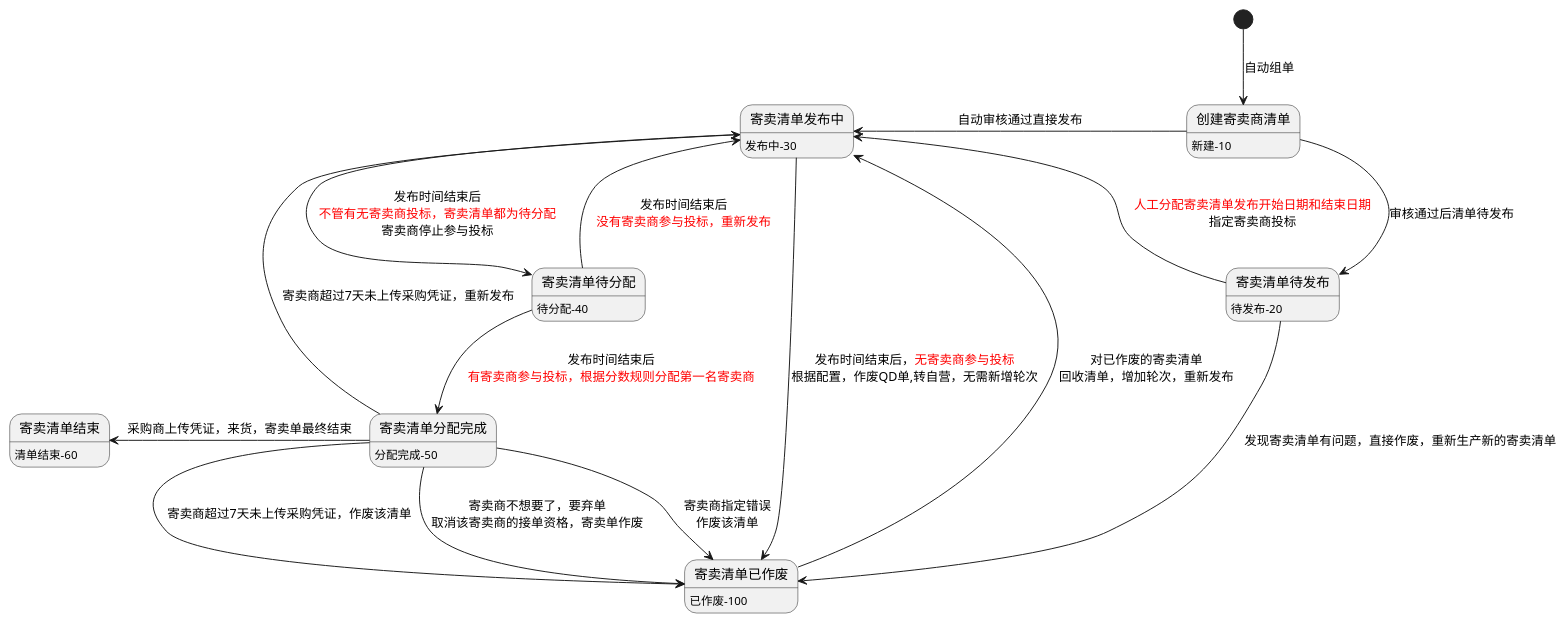
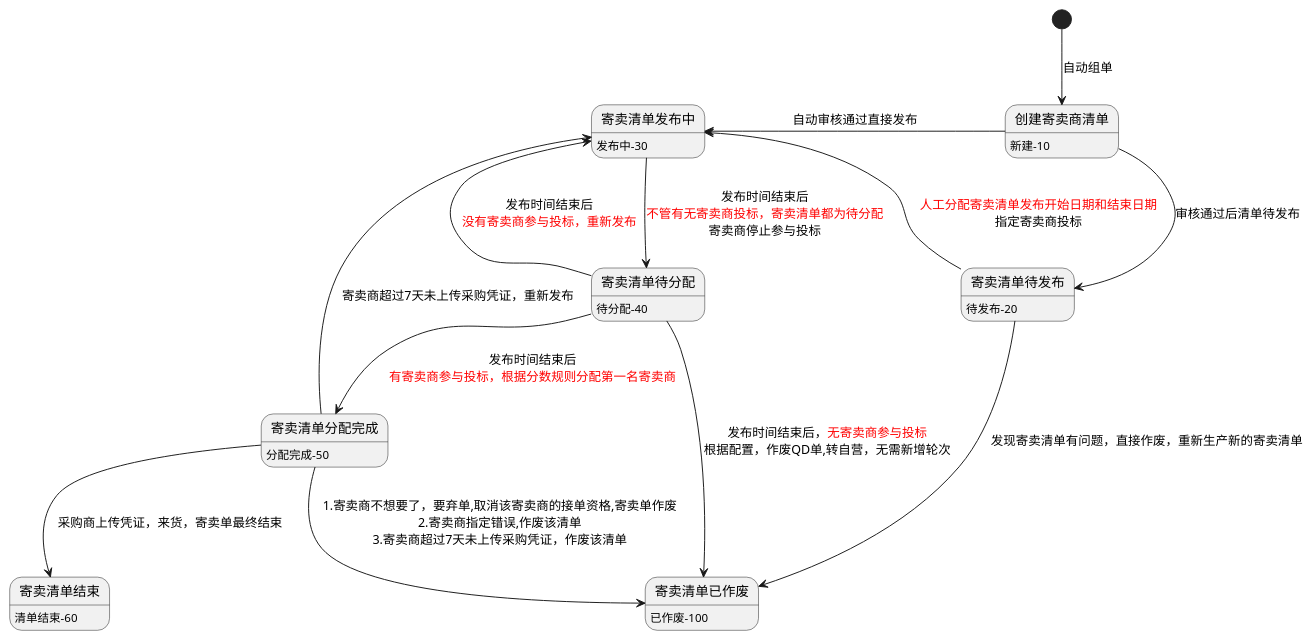
Before and after one commit to shallowdream1997/ShallowDream-LeetCode-PHP: the diagram in uml/寄卖商接单流程重构/状态流程图.puml, drawn with PlantUML. The commit also changed 19 other files, not shown here.

```diff
--- a/uml/寄卖商接单流程重构/状态流程图.puml
+++ b/uml/寄卖商接单流程重构/状态流程图.puml
@@ -1,47 +1,42 @@
 @startuml
 
 [*] --> 创建寄卖商清单 : 自动组单
 
 创建寄卖商清单 : 新建-10
 
 创建寄卖商清单 -down-> 寄卖清单待发布 : 审核通过后清单待发布
 创建寄卖商清单 -left-> 寄卖清单发布中 : 自动审核通过直接发布
 寄卖清单待发布 : 待发布-20
 
 
 寄卖清单待发布 -left-> 寄卖清单发布中 : <color #red>人工分配寄卖清单发布开始日期和结束日期\n指定寄卖商投标
 寄卖清单发布中 : 发布中-30
 
 
 
 寄卖清单发布中 -down-> 寄卖清单待分配 : 发布时间结束后\n<color #red>不管有无寄卖商投标，寄卖清单都为待分配\n寄卖商停止参与投标
 寄卖清单待分配 : 待分配-40
 
 
 寄卖清单待分配 -up-> 寄卖清单发布中 : 发布时间结束后\n<color #red>没有寄卖商参与投标，重新发布
 
 
 寄卖清单待分配 -down-> 寄卖清单分配完成 : 发布时间结束后\n<color #red>有寄卖商参与投标，根据分数规则分配第一名寄卖商
 寄卖清单分配完成 : 分配完成-50
 
-寄卖清单分配完成 -down-> 寄卖清单已作废 : 寄卖商不想要了，要弃单\n取消该寄卖商的接单资格，寄卖单作废
-
-寄卖清单分配完成 -down-> 寄卖清单已作废 : 寄卖商指定错误\n作废该清单
-
-寄卖清单分配完成 -down-> 寄卖清单已作废 : 寄卖商超过7天未上传采购凭证，作废该清单
+寄卖清单分配完成 -down-> 寄卖清单已作废 : 1.寄卖商不想要了，要弃单,取消该寄卖商的接单资格,寄卖单作废\n2.寄卖商指定错误,作废该清单\n3.寄卖商超过7天未上传采购凭证，作废该清单
 
 寄卖清单分配完成 -up-> 寄卖清单发布中 : 寄卖商超过7天未上传采购凭证，重新发布
 
-寄卖清单分配完成 -left-> 寄卖清单结束 : 采购商上传凭证，来货，寄卖单最终结束
+寄卖清单分配完成 -down-> 寄卖清单结束 : 采购商上传凭证，来货，寄卖单最终结束
 寄卖清单结束 : 清单结束-60
 
-寄卖清单发布中 -down-> 寄卖清单已作废 : 发布时间结束后，<color #red>无寄卖商参与投标\n根据配置，作废QD单,转自营，无需新增轮次
+寄卖清单待分配 -down-> 寄卖清单已作废 : 发布时间结束后，<color #red>无寄卖商参与投标\n根据配置，作废QD单,转自营，无需新增轮次
 寄卖清单已作废 : 已作废-100
 
 
-寄卖清单已作废 -up-> 寄卖清单发布中 : 对已作废的寄卖清单\n回收清单，增加轮次，重新发布
 
 寄卖清单待发布 -down-> 寄卖清单已作废 : 发现寄卖清单有问题，直接作废，重新生产新的寄卖清单
 
 
 @enduml
```
